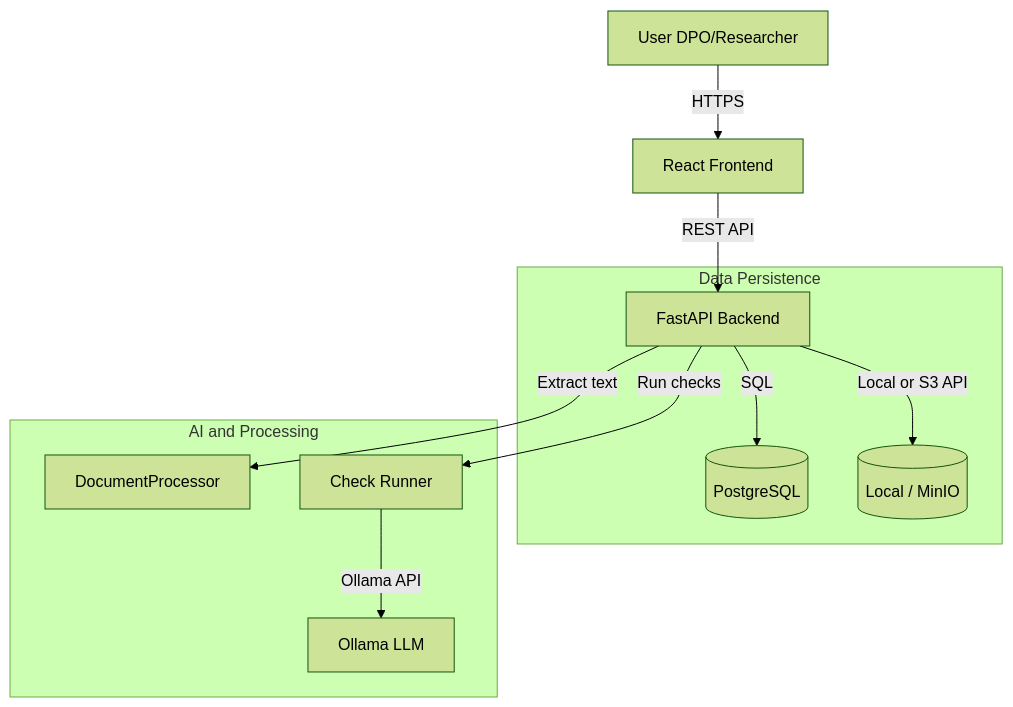
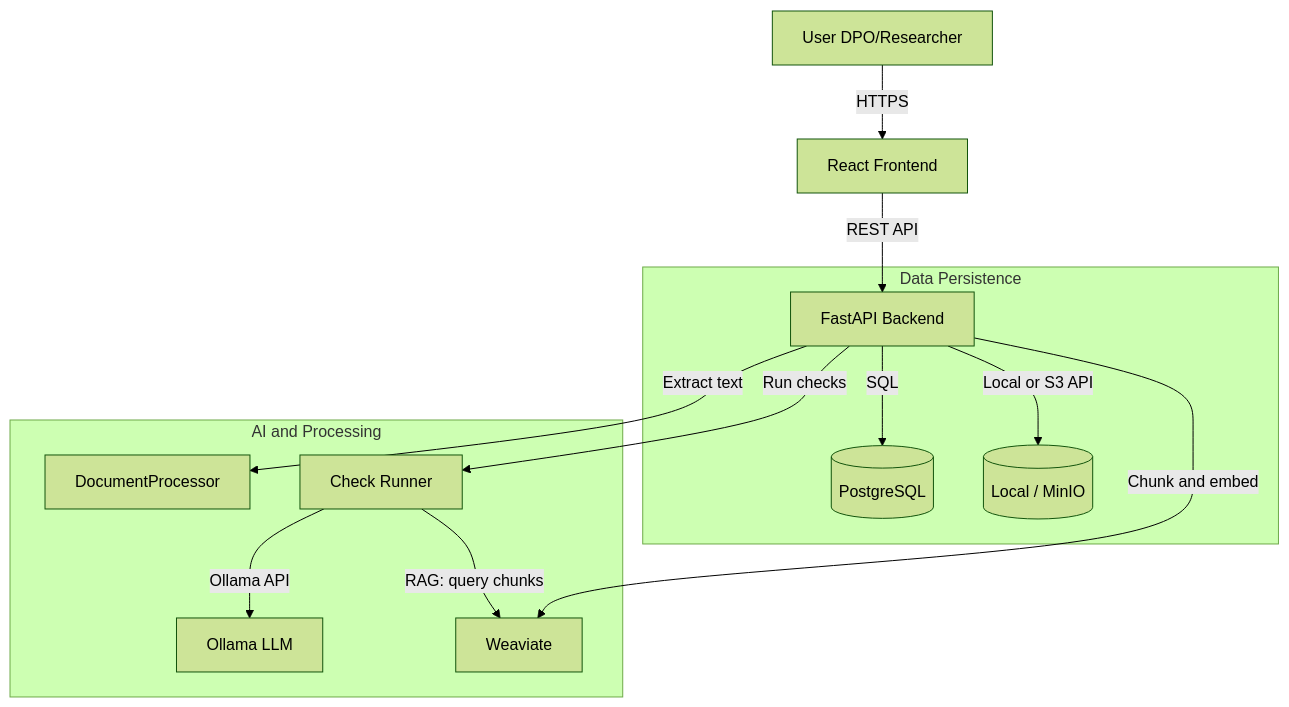
One commit to datenschutzagent/Datenschutzagent changed the diagram in docs/architecture.md. Above: the diagram before and after it, drawn with Mermaid (forest theme). The commit also changed other lines of this file and 31 other files, not shown here.

First line of the commit message:
Enhance integration with Weaviate for RAG checks and document processing

````diff
--- a/docs/architecture.md
+++ b/docs/architecture.md
@@ -19,16 +20,18 @@
 ```mermaid
 graph TD
     User[User DPO/Researcher] -->|HTTPS| Frontend[React Frontend]
     Frontend -->|REST API| Backend[FastAPI Backend]
     
     subgraph DataPersistence [Data Persistence]
         Backend -->|SQL| DB[(PostgreSQL)]
         Backend -->|Local or S3 API| Storage[(Local / MinIO)]
     end
     
     subgraph AI [AI and Processing]
         Backend -->|Extract text| DocProc[DocumentProcessor]
         Backend -->|Run checks| CheckRunner[Check Runner]
         CheckRunner -->|Ollama API| Ollama[Ollama LLM]
+        Backend -->|Chunk and embed| Weaviate[Weaviate]
+        CheckRunner -->|RAG: query chunks| Weaviate
     end
 ```
````
